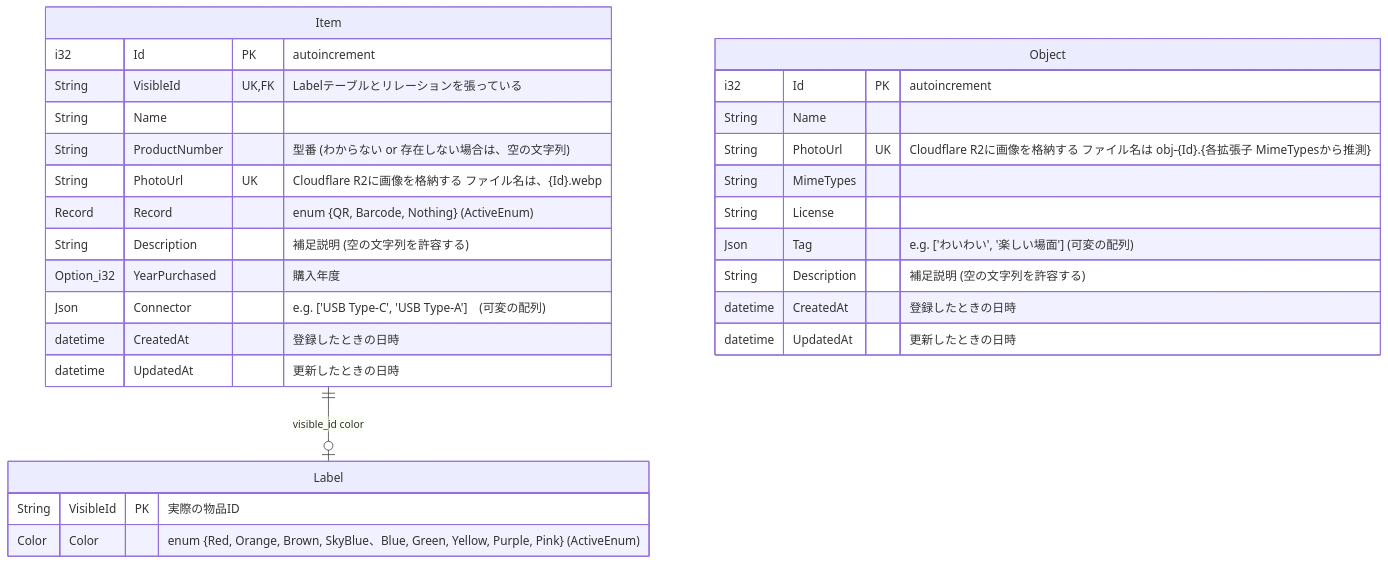
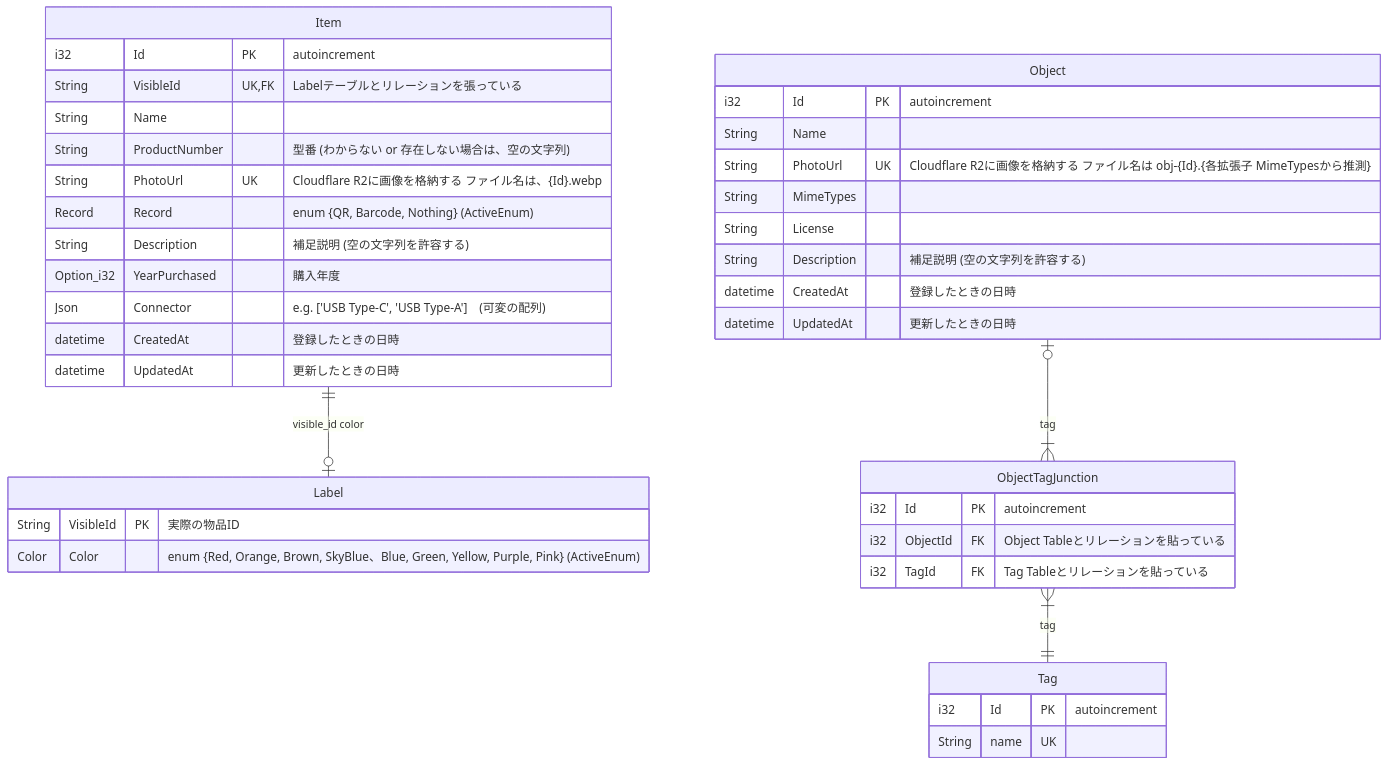
One commit to Myxogastria0808/DashiShoyu changed the first of 2 diagrams in README.md. Above: the diagram before and after it, drawn with Mermaid. The commit also changed other lines of this file and 102 other files, not shown here.

````diff
--- a/README.md
+++ b/README.md
@@ -190,33 +190,43 @@
 ```mermaid
 erDiagram
     Item ||--o| Label : "visible_id color"
     Item {
         i32 Id PK "autoincrement"
         String VisibleId UK, FK "Labelテーブルとリレーションを張っている"
         String Name
         String ProductNumber "型番 (わからない or 存在しない場合は、空の文字列)"
         String PhotoUrl UK "Cloudflare R2に画像を格納する ファイル名は、{Id}.webp"
         Record Record "enum {QR, Barcode, Nothing} (ActiveEnum)"
         String Description　"補足説明 (空の文字列を許容する)"
         Option_i32 YearPurchased "購入年度"
         Json Connector　"e.g. ['USB Type-C', 'USB Type-A']　(可変の配列)"
         datetime CreatedAt "登録したときの日時"
         datetime UpdatedAt "更新したときの日時"
     }
     Label {
         String VisibleId PK "実際の物品ID"
         Color Color "enum {Red, Orange, Brown, SkyBlue、Blue, Green, Yellow, Purple, Pink} (ActiveEnum)"
     }
 
+    Object |o--|{ ObjectTagJunction : "tag"
+    ObjectTagJunction }|--|| Tag : "tag"
     Object {
         i32 Id PK "autoincrement"
         String Name
         String PhotoUrl UK "Cloudflare R2に画像を格納する ファイル名は obj-{Id}.{各拡張子 MimeTypesから推測}"
         String MimeTypes
         String License
-        Json Tag "e.g. ['わいわい', '楽しい場面'] (可変の配列)"
         String Description "補足説明 (空の文字列を許容する)"
         datetime CreatedAt "登録したときの日時"
         datetime UpdatedAt "更新したときの日時"
     }
+    ObjectTagJunction {
+        i32 Id PK "autoincrement"
+        i32 ObjectId FK "Object Tableとリレーションを貼っている"
+        i32 TagId FK "Tag Tableとリレーションを貼っている"
+    }
+    Tag {
+        i32 Id PK "autoincrement"
+        String name UK
+    }
 ```
````
